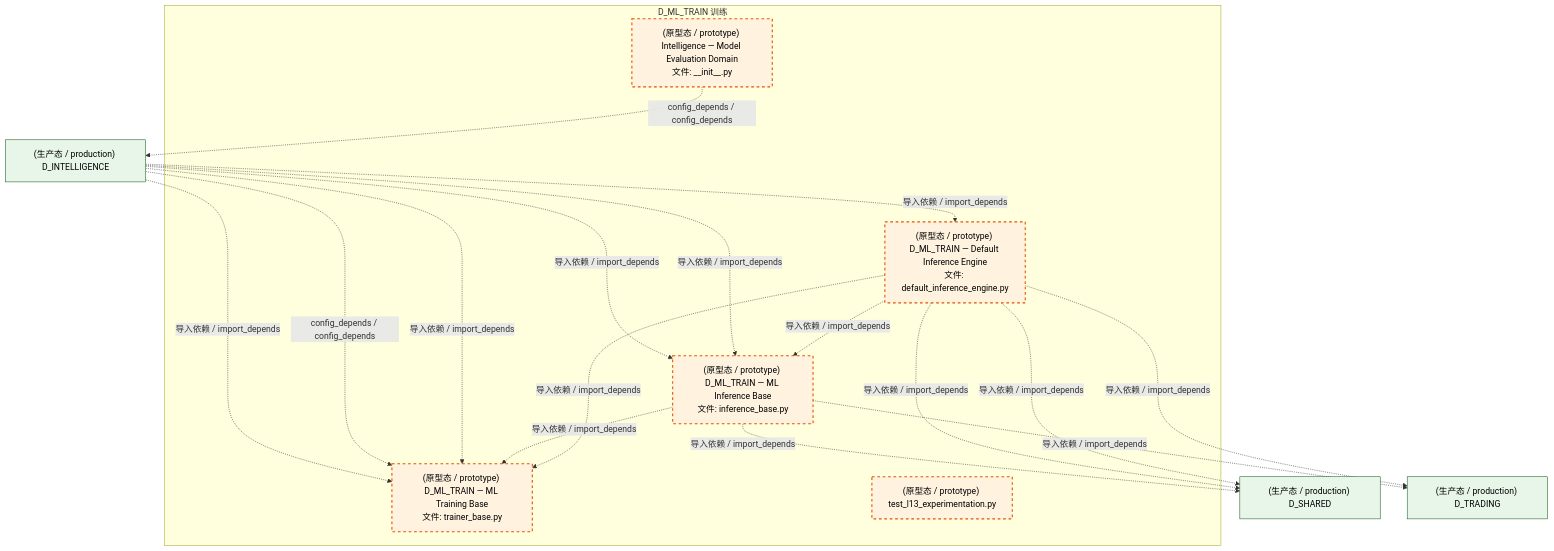
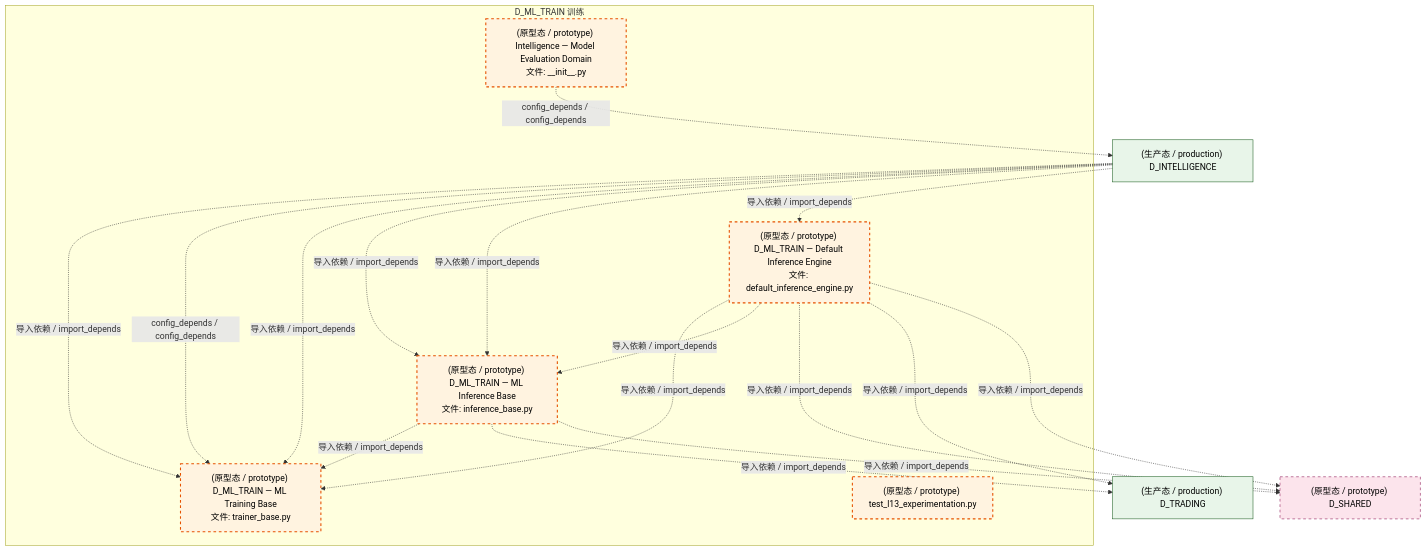
Before and after one commit to xuanFelixVan/ZephyrAlpha: the third of 4 diagrams in docs/02_enterprise_architecture/02_domain_architecture_docs/50_d_ml_train.md, drawn with Mermaid. The commit also changed other lines of this file and 126 other files, not shown here.

````diff
--- a/docs/02_enterprise_architecture/02_domain_architecture_docs/50_d_ml_train.md
+++ b/docs/02_enterprise_architecture/02_domain_architecture_docs/50_d_ml_train.md
@@ -142,34 +142,35 @@
 ```mermaid
 graph TD
     subgraph D_ML_TRAIN["D_ML_TRAIN 训练"]
         src_zephyr_intelligence_model_evaluation_init_py["(原型态 / prototype) Intelligence — Model Evaluation Domain<br/>文件: __init__.py"]
         src_zephyr_ml_train_implementations_default_inference_engine_py["(原型态 / prototype) D_ML_TRAIN — Default Inference Engine<br/>文件: default_inference_engine.py"]
         src_zephyr_ml_train_inference_base_py["(原型态 / prototype) D_ML_TRAIN — ML Inference Base<br/>文件: inference_base.py"]
         src_zephyr_ml_train_trainer_base_py["(原型态 / prototype) D_ML_TRAIN — ML Training Base<br/>文件: trainer_base.py"]
         tests_ml_experiment_test_l13_experimentation_py["(原型态 / prototype) test_l13_experimentation.py"]
     end
+    src_zephyr_ml_train_inference_base_py -.->|导入依赖 / import_depends| src_zephyr_ml_train_trainer_base_py
     src_zephyr_ml_train_implementations_default_inference_engine_py -.->|导入依赖 / import_depends| src_zephyr_ml_train_trainer_base_py
     src_zephyr_ml_train_implementations_default_inference_engine_py -.->|导入依赖 / import_depends| src_zephyr_ml_train_inference_base_py
-    src_zephyr_ml_train_inference_base_py -.->|导入依赖 / import_depends| src_zephyr_ml_train_trainer_base_py
     D_INTELLIGENCE["(生产态 / production) D_INTELLIGENCE"]
     src_zephyr_intelligence_model_evaluation_init_py -.->|config_depends / config_depends| D_INTELLIGENCE
-    D_SHARED["(生产态 / production) D_SHARED"]
+    D_TRADING["(生产态 / production) D_TRADING"]
+    src_zephyr_ml_train_inference_base_py -.->|导入依赖 / import_depends| D_TRADING
+    D_SHARED["(原型态 / prototype) D_SHARED"]
+    src_zephyr_ml_train_inference_base_py -.->|导入依赖 / import_depends| D_SHARED
     src_zephyr_ml_train_implementations_default_inference_engine_py -.->|导入依赖 / import_depends| D_SHARED
-    D_TRADING["(生产态 / production) D_TRADING"]
     src_zephyr_ml_train_implementations_default_inference_engine_py -.->|导入依赖 / import_depends| D_TRADING
     src_zephyr_ml_train_implementations_default_inference_engine_py -.->|导入依赖 / import_depends| D_SHARED
-    src_zephyr_ml_train_inference_base_py -.->|导入依赖 / import_depends| D_TRADING
-    src_zephyr_ml_train_inference_base_py -.->|导入依赖 / import_depends| D_SHARED
     D_INTELLIGENCE -.->|导入依赖 / import_depends| src_zephyr_ml_train_trainer_base_py
     D_INTELLIGENCE -.->|config_depends / config_depends| src_zephyr_ml_train_trainer_base_py
     D_INTELLIGENCE -.->|导入依赖 / import_depends| src_zephyr_ml_train_trainer_base_py
-    D_INTELLIGENCE -.->|导入依赖 / import_depends| src_zephyr_ml_train_implementations_default_inference_engine_py
     D_INTELLIGENCE -.->|导入依赖 / import_depends| src_zephyr_ml_train_inference_base_py
     D_INTELLIGENCE -.->|导入依赖 / import_depends| src_zephyr_ml_train_inference_base_py
+    D_INTELLIGENCE -.->|导入依赖 / import_depends| src_zephyr_ml_train_implementations_default_inference_engine_py
     classDef production fill:#e1f5fe,stroke:#01579b,stroke-width:2px,color:#000
     classDef design fill:#fff3e0,stroke:#e65100,stroke-width:2px,color:#000,stroke-dasharray: 5 5
     classDef external_prod fill:#e8f5e9,stroke:#1b5e20,stroke-width:1px,color:#000
     classDef external_design fill:#fce4ec,stroke:#880e4f,stroke-width:1px,color:#000,stroke-dasharray: 5 5
     class src_zephyr_intelligence_model_evaluation_init_py,src_zephyr_ml_train_implementations_default_inference_engine_py,src_zephyr_ml_train_inference_base_py,src_zephyr_ml_train_trainer_base_py,tests_ml_experiment_test_l13_experimentation_py design
-    class D_INTELLIGENCE,D_SHARED,D_TRADING external_prod
+    class D_INTELLIGENCE,D_TRADING external_prod
+    class D_SHARED external_design
 ```
````
